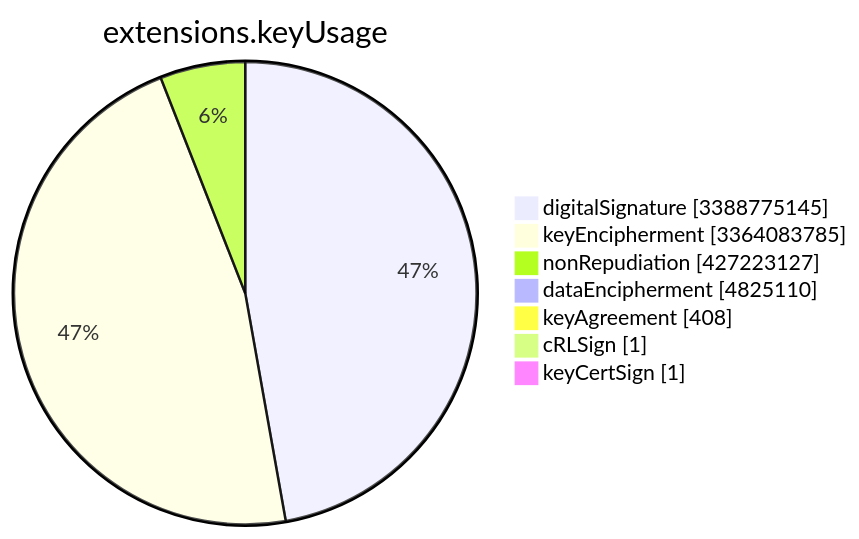
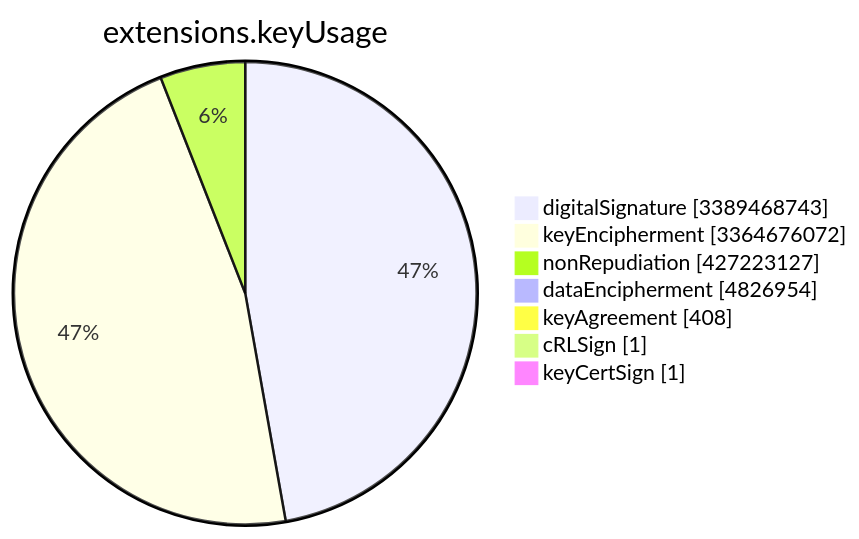
The sixth of 15 diagrams in TOTAL/README.md (christiankrug/ctmonitor_visualization), drawn with Mermaid before and after one commit. The commit also changed other lines of this file, not shown here.

````diff
--- a/TOTAL/README.md
+++ b/TOTAL/README.md
@@ -3080,11 +3080,11 @@
 ```mermaid
 pie showData
 title extensions.keyUsage
-"digitalSignature" :3388775145
-"keyEncipherment" :3364083785
+"digitalSignature" :3389468743
+"keyEncipherment" :3364676072
 "nonRepudiation" :427223127
-"dataEncipherment" :4825110
+"dataEncipherment" :4826954
 "keyAgreement" :408
 "cRLSign" :1
 "keyCertSign" :1
 ```
````
